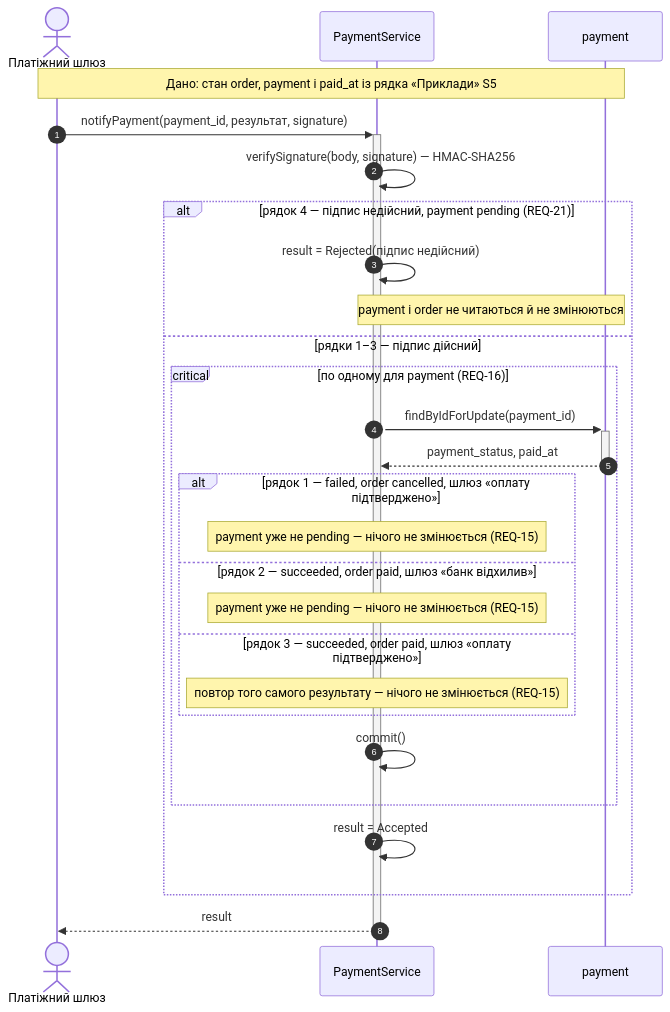
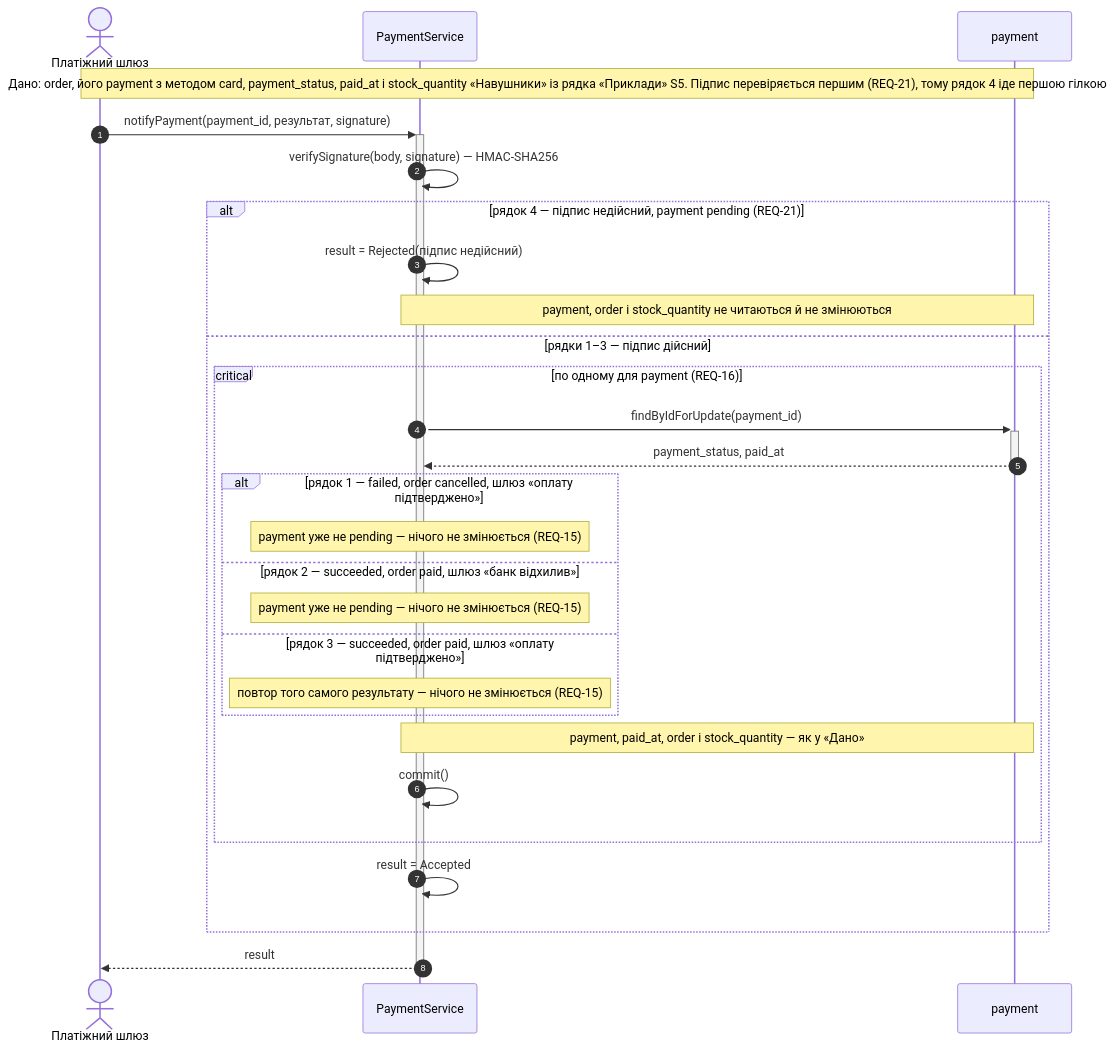
The diagram in lab3/sequences/S05-gateway-notification-ignored.md (piximeow/KPI), drawn with Mermaid before and after one commit. The commit also changed 8 other files, not shown here.

Commit message:
lab3: діаграми після перевірки - повне «Дано», порядок гілок, REQ-04, кроки шлюзу в шапці

````diff
--- a/lab3/sequences/S05-gateway-notification-ignored.md
+++ b/lab3/sequences/S05-gateway-notification-ignored.md
@@ -5,30 +5,31 @@
 ```mermaid
 sequenceDiagram
     autonumber
     actor GW as Платіжний шлюз
     participant PS as PaymentService
     participant PA as payment
 
-    Note over GW,PA: Дано: стан order, payment і paid_at із рядка «Приклади» S5
+    Note over GW,PA: Дано: order, його payment з методом card, payment_status, paid_at і stock_quantity «Навушники» із рядка «Приклади» S5. Підпис перевіряється першим (REQ-21), тому рядок 4 іде першою гілкою
     GW->>+PS: notifyPayment(payment_id, результат, signature)
     PS->>PS: verifySignature(body, signature) — HMAC-SHA256
     alt рядок 4 — підпис недійсний, payment pending (REQ-21)
         PS->>PS: result = Rejected(підпис недійсний)
-        Note over PS,PA: payment і order не читаються й не змінюються
+        Note over PS,PA: payment, order і stock_quantity не читаються й не змінюються
     else рядки 1–3 — підпис дійсний
         critical по одному для payment (REQ-16)
             PS->>+PA: findByIdForUpdate(payment_id)
             PA-->>-PS: payment_status, paid_at
             alt рядок 1 — failed, order cancelled, шлюз «оплату підтверджено»
                 Note over PS: payment уже не pending — нічого не змінюється (REQ-15)
             else рядок 2 — succeeded, order paid, шлюз «банк відхилив»
                 Note over PS: payment уже не pending — нічого не змінюється (REQ-15)
             else рядок 3 — succeeded, order paid, шлюз «оплату підтверджено»
                 Note over PS: повтор того самого результату — нічого не змінюється (REQ-15)
             end
+            Note over PS,PA: payment, paid_at, order і stock_quantity — як у «Дано»
             PS->>PS: commit()
         end
         PS->>PS: result = Accepted
     end
     PS-->>-GW: result
 ```
````
